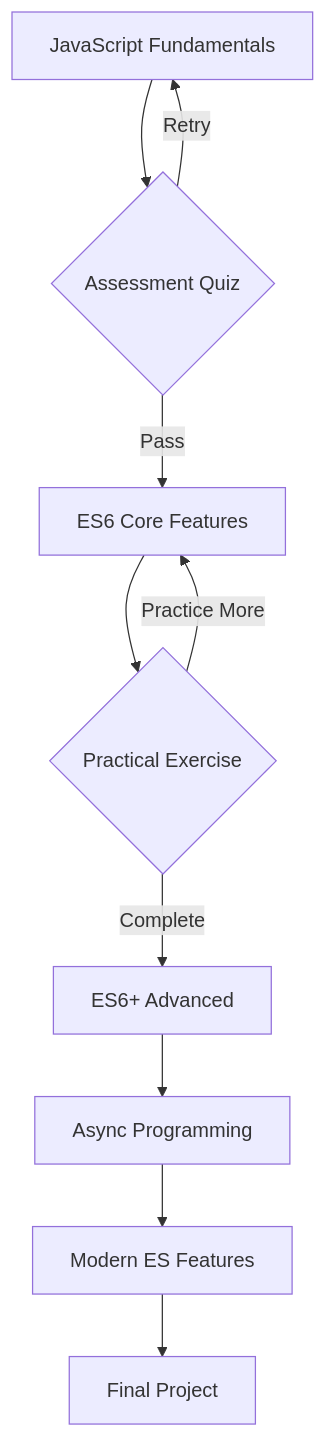
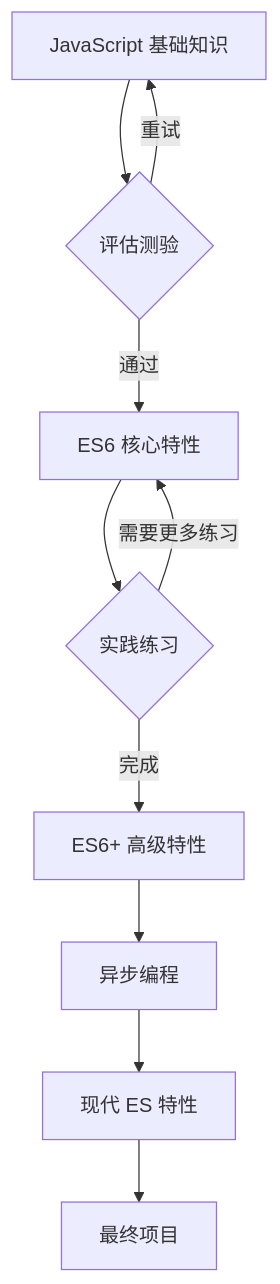
Before and after one commit to zengsun/slidev-js-es6: the fourth of 4 diagrams in .qoder/quests/create-javascript-es11-presentation.md, drawn with Mermaid. The commit also changed other lines of this file and 20 other files, not shown here.

````diff
--- a/.qoder/quests/create-javascript-es11-presentation.md
+++ b/.qoder/quests/create-javascript-es11-presentation.md
@@ -374,14 +380,14 @@
 ```mermaid
 graph TD
-    A[JavaScript Fundamentals] --> B{Assessment Quiz}
-    B -->|Pass| C[ES6 Core Features]
-    B -->|Retry| A
+    A[JavaScript 基础知识] --> B{评估测验}
+    B -->|通过| C[ES6 核心特性]
+    B -->|重试| A
     
-    C --> D{Practical Exercise}
-    D -->|Complete| E[ES6+ Advanced]
-    D -->|Practice More| C
+    C --> D{实践练习}
+    D -->|完成| E[ES6+ 高级特性]
+    D -->|需要更多练习| C
     
-    E --> F[Async Programming]
-    F --> G[Modern ES Features]
-    G --> H[Final Project]
+    E --> F[异步编程]
+    F --> G[现代 ES 特性]
+    G --> H[最终项目]
 ```
````
